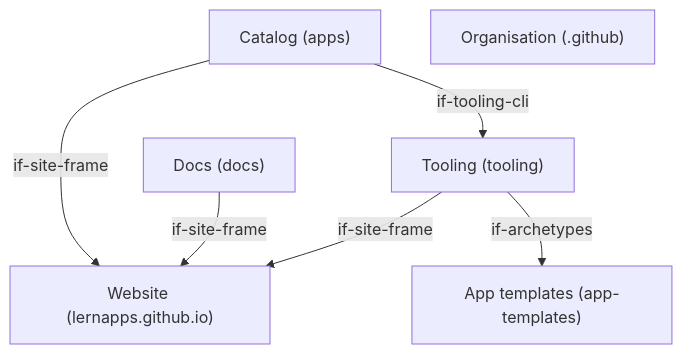
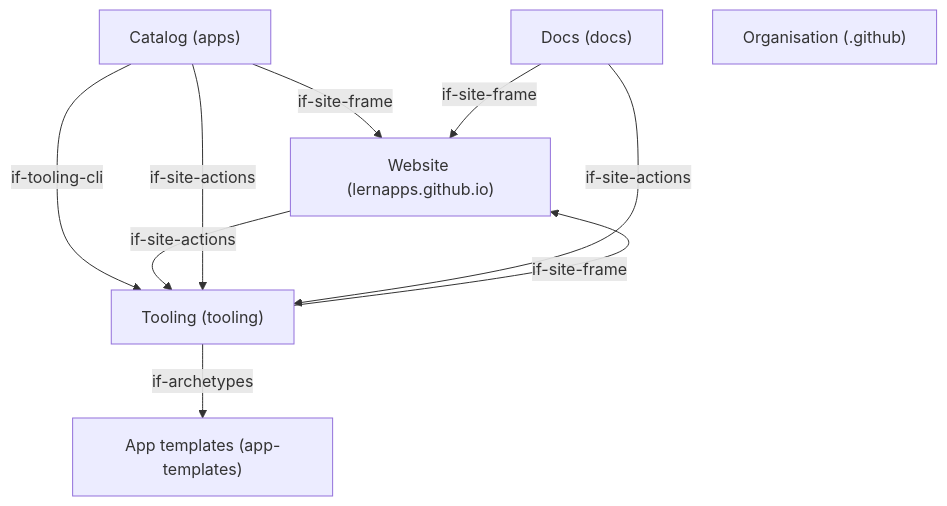
Before and after one commit to lernapps/docs: the diagram in docs/arc42/05-building-blocks.arc42.md, drawn with Mermaid. The commit also changed other lines of this file and 33 other files, not shown here.

First line of the commit message:
feat(docs): the start page is an overview of the target state, generated from platform design and architecture (#50)

````diff
--- a/docs/arc42/05-building-blocks.arc42.md
+++ b/docs/arc42/05-building-blocks.arc42.md
@@ -18,14 +18,17 @@
 ```mermaid
 flowchart TB
     bb-website["Website (lernapps.github.io)"]
     bb-catalog["Catalog (apps)"]
     bb-tooling["Tooling (tooling)"]
     bb-app-templates["App templates (app-templates)"]
     bb-docs["Docs (docs)"]
     bb-org["Organisation (.github)"]
     bb-catalog -->|"if-site-frame"| bb-website
     bb-tooling -->|"if-site-frame"| bb-website
     bb-docs -->|"if-site-frame"| bb-website
     bb-catalog -->|"if-tooling-cli"| bb-tooling
     bb-tooling -->|"if-archetypes"| bb-app-templates
+    bb-website -->|"if-site-actions"| bb-tooling
+    bb-catalog -->|"if-site-actions"| bb-tooling
+    bb-docs -->|"if-site-actions"| bb-tooling
 ```
````
